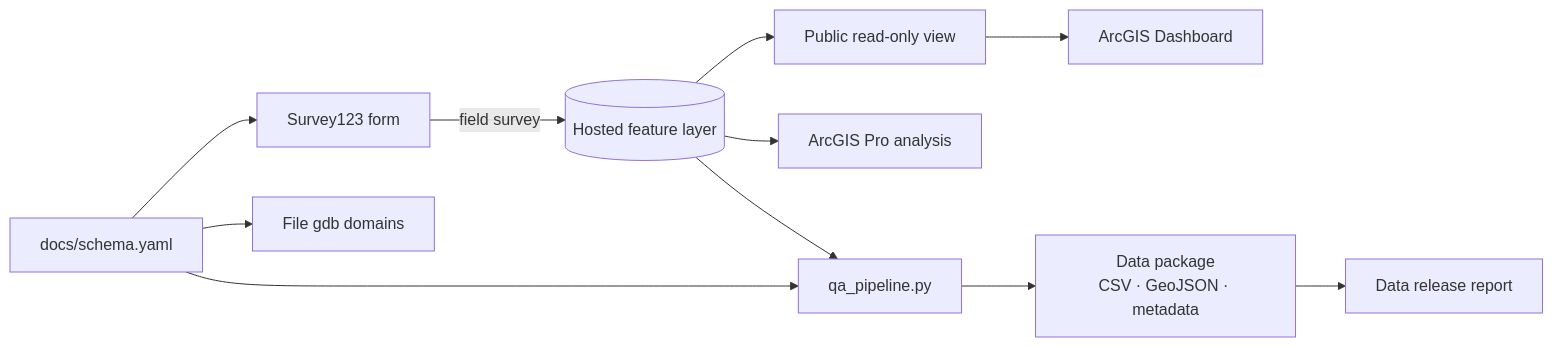
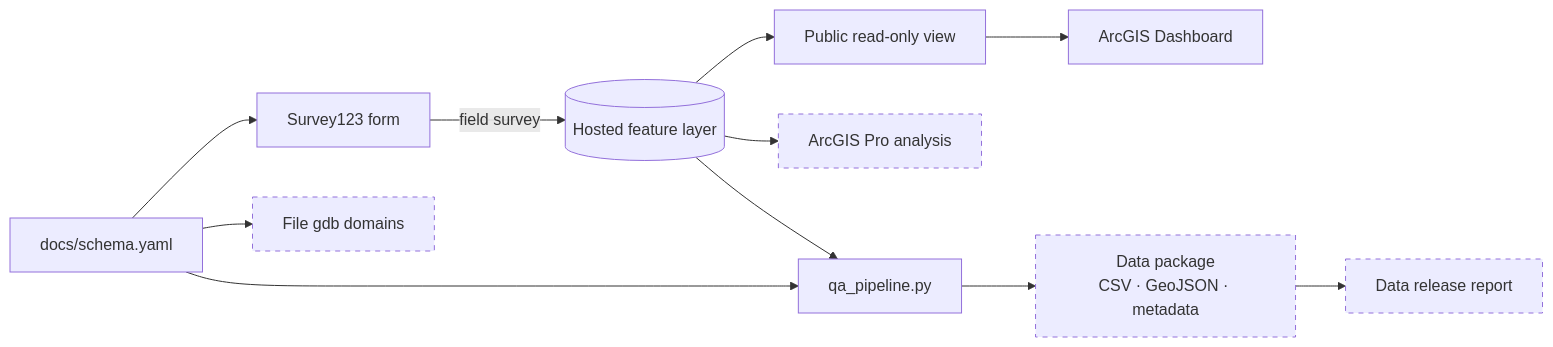
One commit to MegaDeadCowboy/whatcom-creek-salmon-monitoring changed the diagram in README.md. Above: the diagram before and after it, drawn with Mermaid. The commit also changed other lines of this file, not shown here.

````diff
--- a/README.md
+++ b/README.md
@@ -7,13 +7,15 @@
 ```mermaid
 flowchart LR
   S[docs/schema.yaml] --> F[Survey123 form]
   S --> G[File gdb domains]
   S --> Q[qa_pipeline.py]
   F -->|field survey| H[(Hosted feature layer)]
   H --> V[Public read-only view]
   V --> B[ArcGIS Dashboard]
   H --> P[ArcGIS Pro analysis]
   H --> Q
   Q --> D[Data package<br/>CSV · GeoJSON · metadata]
   D --> R[Data release report]
+  classDef pending stroke-dasharray: 5 5
+  class G,P,D,R pending
 ```
````
